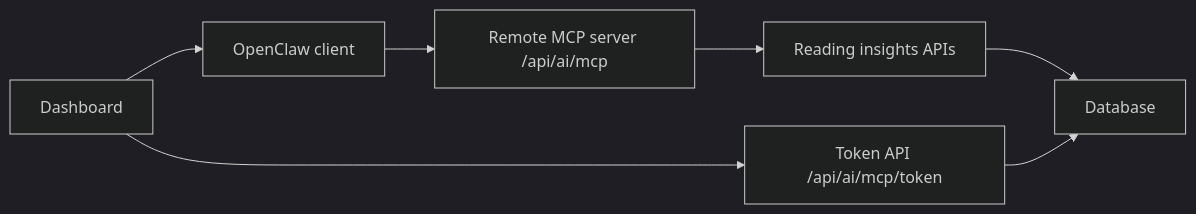
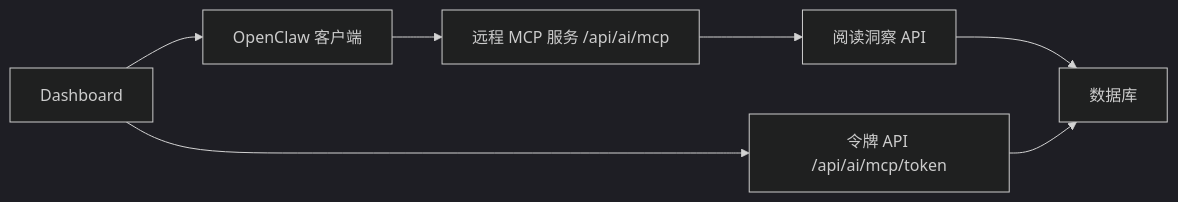
One commit to xalc/knowledge-next changed the diagram in docs/technical/remote-mcp-reading.md. Above: the diagram before and after it, drawn with Mermaid (dark theme). The commit also changed other lines of this file, not shown here.

Commit message:
docs: translate remote MCP reading documentation to Chinese

````diff
--- a/docs/technical/remote-mcp-reading.md
+++ b/docs/technical/remote-mcp-reading.md
@@ -16,9 +16,9 @@
 ```mermaid
 flowchart LR
-  A[OpenClaw client] --> B[Remote MCP server /api/ai/mcp]
-  B --> C[Reading insights APIs]
-  C --> D[Database]
-  E[Dashboard] --> F[Token API /api/ai/mcp/token]
+  A[OpenClaw 客户端] --> B[远程 MCP 服务 /api/ai/mcp]
+  B --> C[阅读洞察 API]
+  C --> D[数据库]
+  E[Dashboard] --> F[令牌 API /api/ai/mcp/token]
   F --> D
   E --> A
 ```
````
